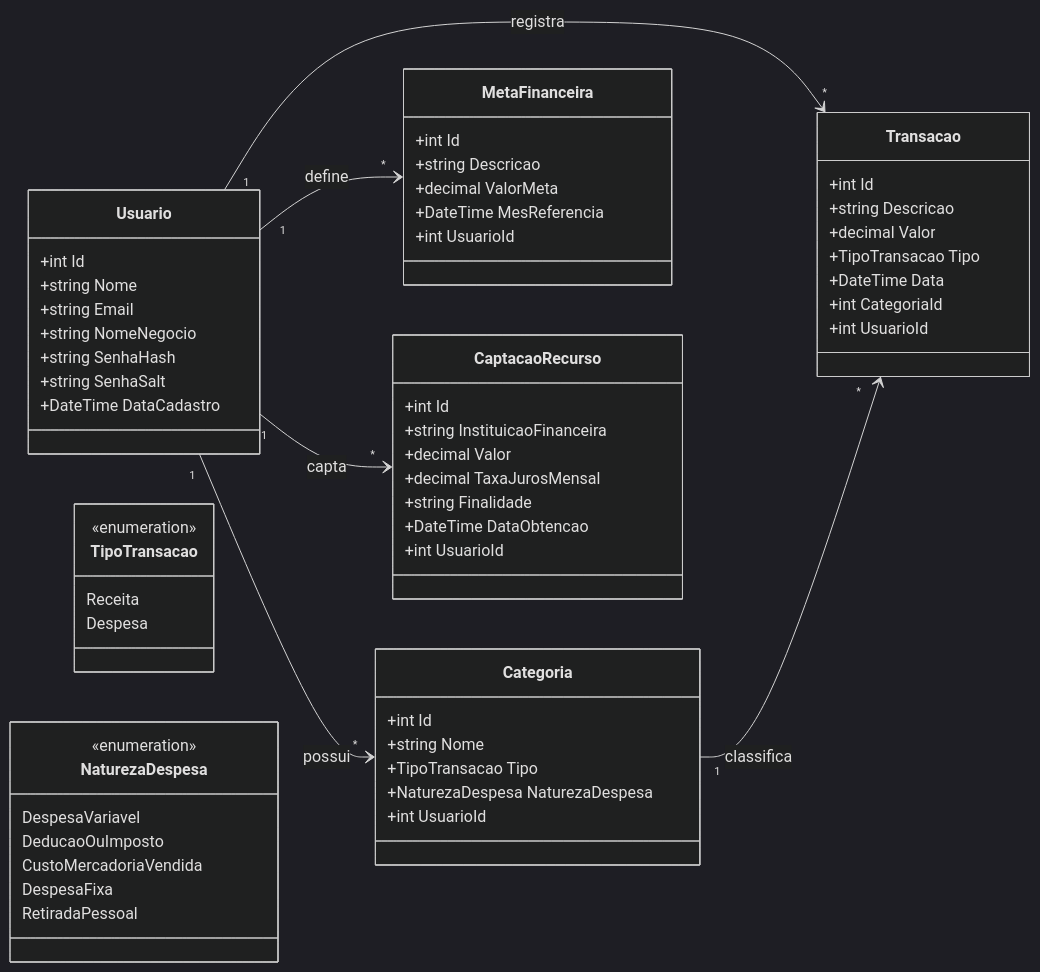
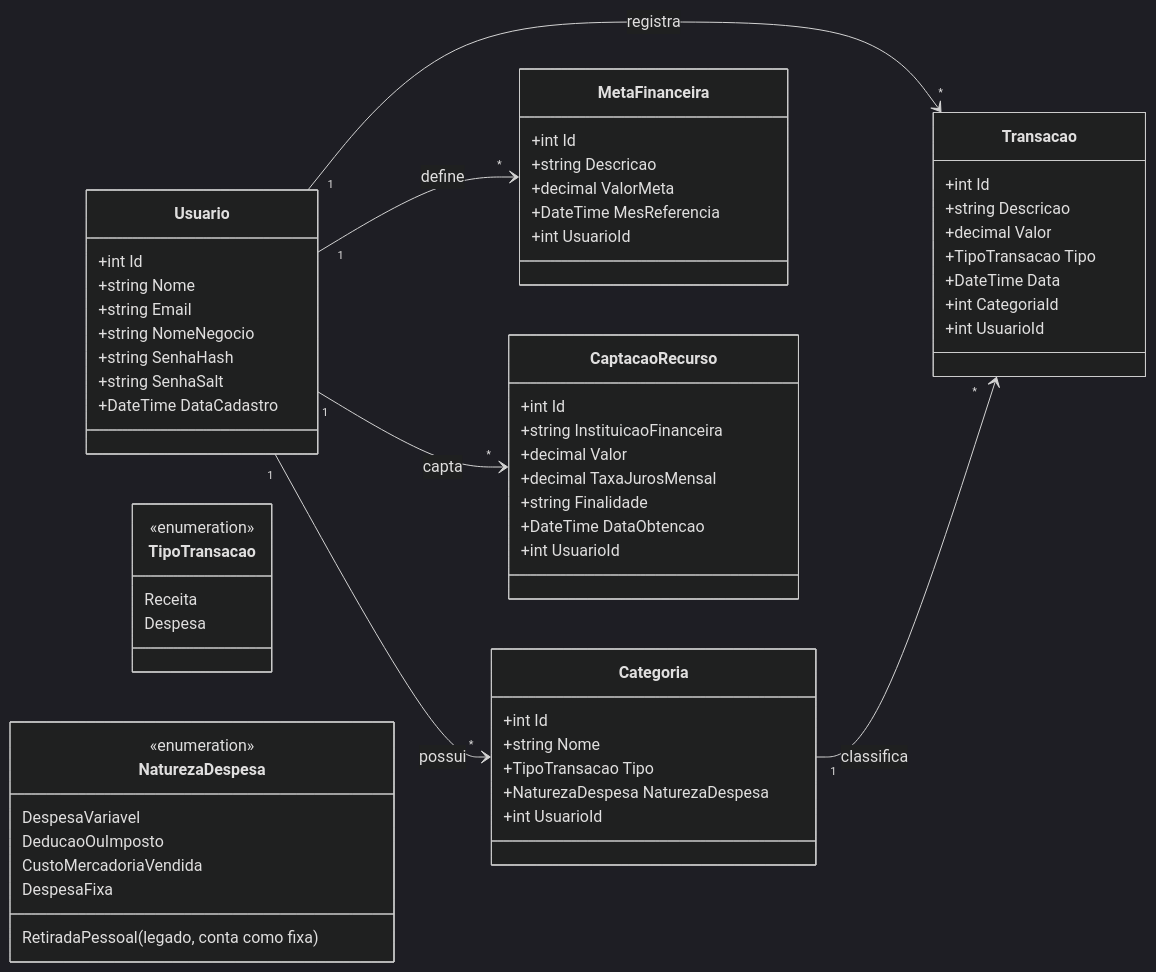
One commit to profetadiario/GFMEI changed the diagram in docs/diagramas/fontes/fig3a_classes_dominio.mmd. Above: the diagram before and after it, drawn with Mermaid (dark theme). The commit also changed 73 other files, not shown here.

First line of the commit message:
feat: v1.6 — pró-labore no lugar da retirada pessoal e calculadora da planilha (decisões 9 e 10)

```diff
--- a/docs/diagramas/fontes/fig3a_classes_dominio.mmd
+++ b/docs/diagramas/fontes/fig3a_classes_dominio.mmd
@@ -1,61 +1,61 @@
 classDiagram
     direction LR
     class Usuario {
         +int Id
         +string Nome
         +string Email
         +string NomeNegocio
         +string SenhaHash
         +string SenhaSalt
         +DateTime DataCadastro
     }
     class Categoria {
         +int Id
         +string Nome
         +TipoTransacao Tipo
         +NaturezaDespesa NaturezaDespesa
         +int UsuarioId
     }
     class Transacao {
         +int Id
         +string Descricao
         +decimal Valor
         +TipoTransacao Tipo
         +DateTime Data
         +int CategoriaId
         +int UsuarioId
     }
     class MetaFinanceira {
         +int Id
         +string Descricao
         +decimal ValorMeta
         +DateTime MesReferencia
         +int UsuarioId
     }
     class CaptacaoRecurso {
         +int Id
         +string InstituicaoFinanceira
         +decimal Valor
         +decimal TaxaJurosMensal
         +string Finalidade
         +DateTime DataObtencao
         +int UsuarioId
     }
     class TipoTransacao {
         <<enumeration>>
         Receita
         Despesa
     }
     class NaturezaDespesa {
         <<enumeration>>
         DespesaVariavel
         DeducaoOuImposto
         CustoMercadoriaVendida
         DespesaFixa
-        RetiradaPessoal
+        RetiradaPessoal (legado, conta como fixa)
     }
     Usuario "1" --> "*" Categoria : possui
     Usuario "1" --> "*" MetaFinanceira : define
     Usuario "1" --> "*" CaptacaoRecurso : capta
     Usuario "1" --> "*" Transacao : registra
     Categoria "1" --> "*" Transacao : classifica
```
